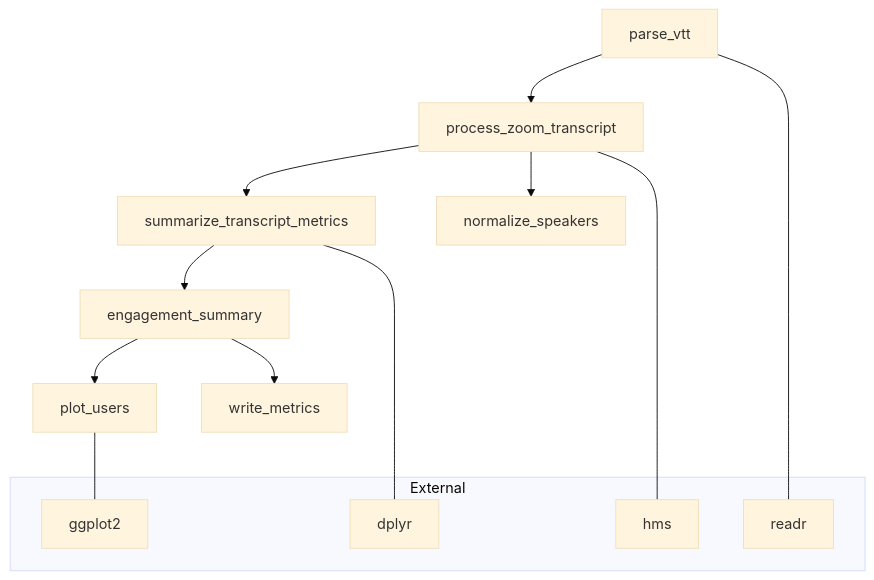
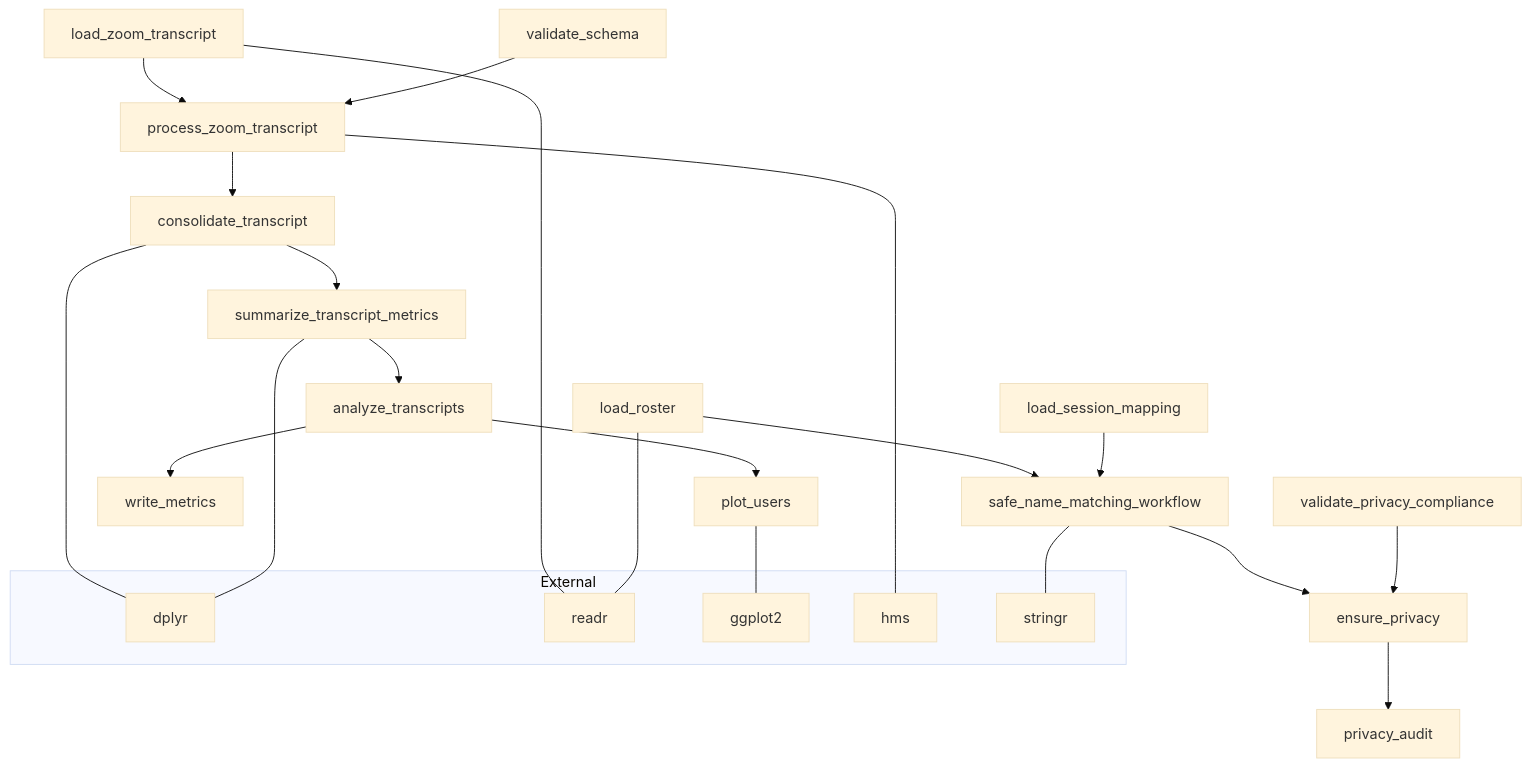
Before and after one commit to revgizmo/engager: the diagram in PROJECT_PROFILE_AND_CRAN_WEEK_PLAN.md, drawn with Mermaid (base theme). The commit also changed other lines of this file and 1 other file, not shown here.

Commit message:
fix(review): address critical issues identified in AI agent review
- Fix vignette build failure by updating essential-functions.Rmd to use actual exported functions
- Update mermaid diagram in PROJECT_PROFILE_AND_CRAN_WEEK_PLAN.md to reflect current function structure
- All vignettes now build successfully
- Package maintains 75 exported functions with proper dependency structure

Critical issues resolved:
✅ Vignette build failure (essential-functions.Rmd)
✅ Outdated mermaid diagram
✅ Function dependency documentation

Remaining issues to address:
⚠️ 58 linting issues (moderate priority)
⚠️ Roxygen2 documentation warnings
⚠️ Test coverage needs improvement (current ~60%, target >90%)

````diff
--- a/PROJECT_PROFILE_AND_CRAN_WEEK_PLAN.md
+++ b/PROJECT_PROFILE_AND_CRAN_WEEK_PLAN.md
@@ -67,19 +67,33 @@
 ```mermaid
 graph TD
-  A[parse_vtt] --> B[process_zoom_transcript]
-  B --> C[summarize_transcript_metrics]
-  C --> D[engagement_summary]
-  D --> E[plot_users]
-  D --> F[write_metrics]
-  B --> G[normalize_speakers]
+  A[load_zoom_transcript] --> B[process_zoom_transcript]
+  B --> C[consolidate_transcript]
+  C --> D[summarize_transcript_metrics]
+  D --> E[analyze_transcripts]
+  E --> F[plot_users]
+  E --> G[write_metrics]
+  
+  H[load_roster] --> I[safe_name_matching_workflow]
+  J[load_session_mapping] --> I
+  I --> K[ensure_privacy]
+  K --> L[privacy_audit]
+  
+  M[validate_schema] --> B
+  N[validate_privacy_compliance] --> K
+  
   subgraph External
-    H[dplyr]
-    I[readr]
-    J[ggplot2]
-    K[hms]
+    O[dplyr]
+    P[readr]
+    Q[ggplot2]
+    R[hms]
+    S[stringr]
   end
-  A --- I
-  B --- K
-  C --- H
-  E --- J
+  
+  A --- P
+  B --- R
+  C --- O
+  D --- O
+  F --- Q
+  H --- P
+  I --- S
 ```
````
